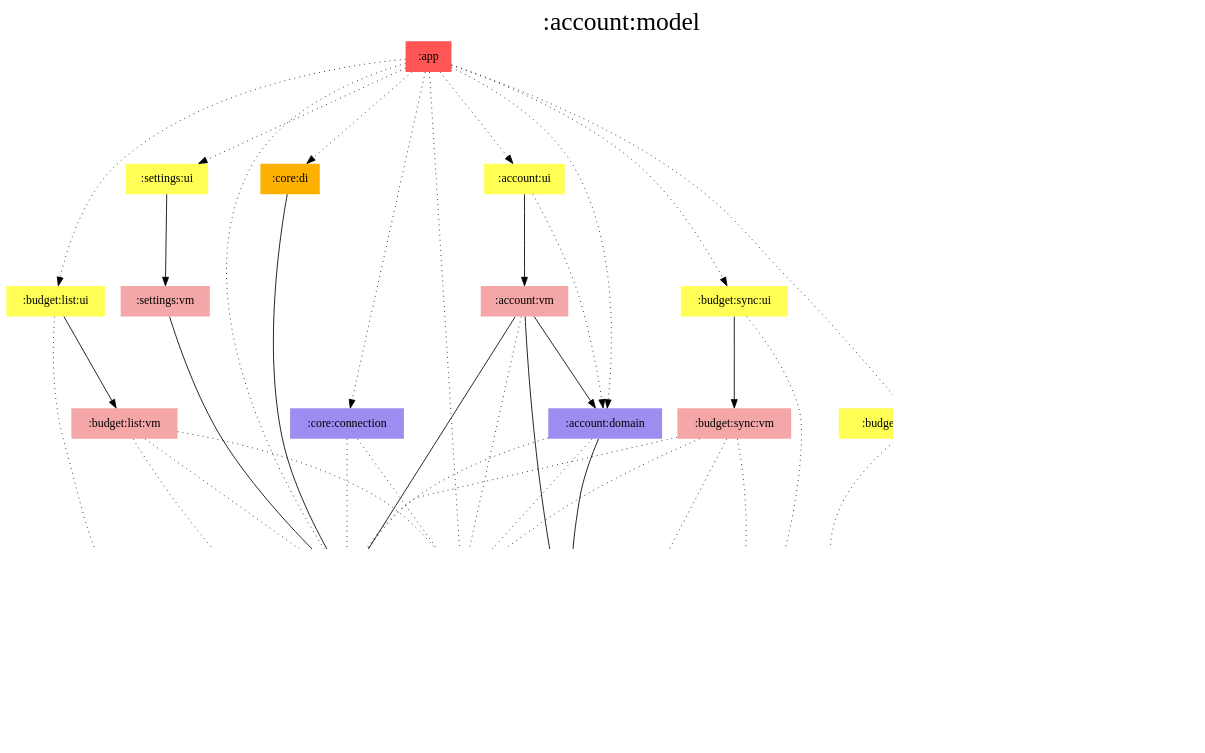
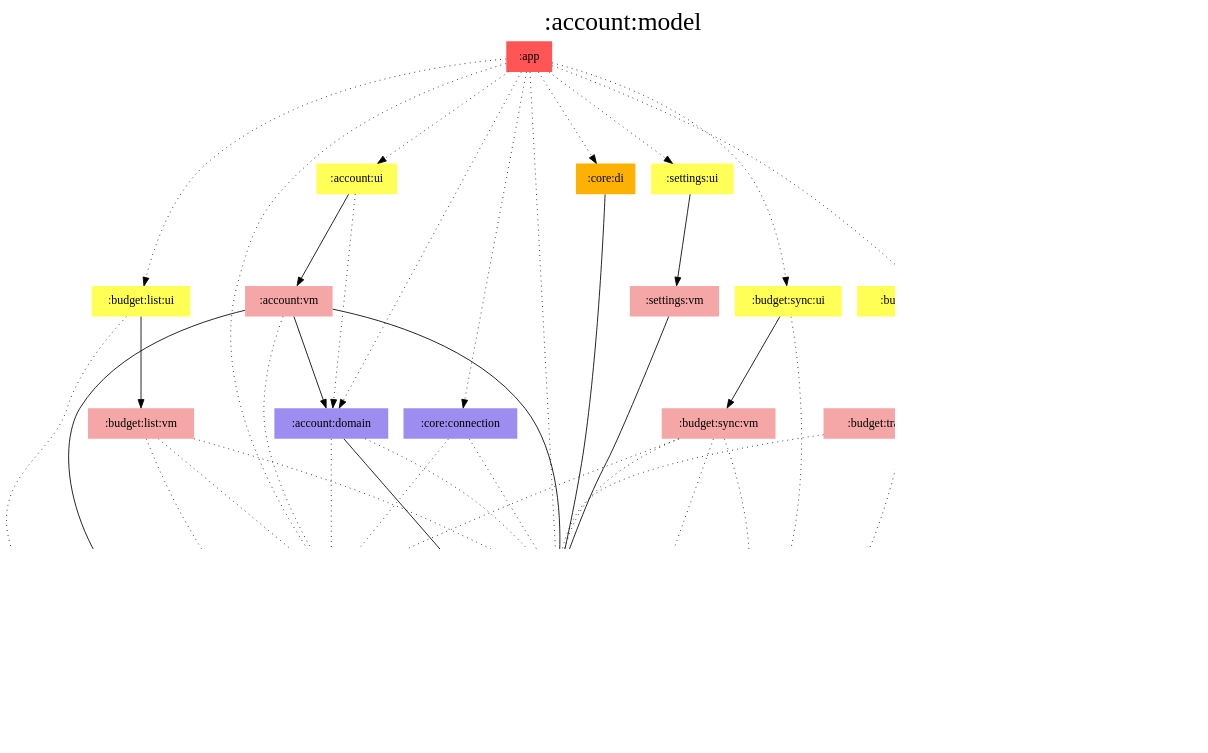
The diagram in modules/account/model/modules.dot (jonapoul/aktual), drawn with Graphviz before and after one commit. The commit also changed 110 other files, not shown here.

```diff
--- a/modules/account/model/modules.dot
+++ b/modules/account/model/modules.dot
@@ -1,82 +1,83 @@
 digraph {
 edge ["dir"="forward"]
 graph ["dpi"="100","label"=":account:model","labelloc"="t","fontsize"="30","ranksep"="1.5","rankdir"="TB"]
 node ["style"="filled"]
 ":account:domain" ["fillcolor"="#9D8DF1","shape"="none"]
 ":account:model" ["fillcolor"="#9D8DF1","color"="black","penwidth"="3","shape"="box"]
 ":account:ui" ["fillcolor"="#FFFF55","shape"="none"]
 ":account:vm" ["fillcolor"="#F5A6A6","shape"="none"]
 ":api:actual" ["fillcolor"="#9D8DF1","shape"="none"]
 ":app" ["fillcolor"="#FF5555","shape"="none"]
 ":budget:encryption" ["fillcolor"="#9D8DF1","shape"="none"]
 ":budget:list:ui" ["fillcolor"="#FFFF55","shape"="none"]
 ":budget:list:vm" ["fillcolor"="#F5A6A6","shape"="none"]
 ":budget:sync:ui" ["fillcolor"="#FFFF55","shape"="none"]
 ":budget:sync:vm" ["fillcolor"="#F5A6A6","shape"="none"]
 ":budget:transactions:ui" ["fillcolor"="#FFFF55","shape"="none"]
 ":budget:transactions:vm" ["fillcolor"="#F5A6A6","shape"="none"]
 ":core:connection" ["fillcolor"="#9D8DF1","shape"="none"]
 ":core:di" ["fillcolor"="#FCB103","shape"="none"]
 ":prefs" ["fillcolor"="#9D8DF1","shape"="none"]
 ":settings:ui" ["fillcolor"="#FFFF55","shape"="none"]
 ":settings:vm" ["fillcolor"="#F5A6A6","shape"="none"]
 {
 edge ["dir"="none"]
 graph ["rank"="same"]
 ":account:model"
 }
 ":account:domain" -> ":account:model"
 ":account:domain" -> ":api:actual" ["style"="dotted"]
 ":account:domain" -> ":prefs" ["style"="dotted"]
 ":account:ui" -> ":account:domain" ["style"="dotted"]
 ":account:ui" -> ":account:vm"
 ":account:vm" -> ":account:domain"
 ":account:vm" -> ":account:model"
 ":account:vm" -> ":api:actual" ["style"="dotted"]
 ":account:vm" -> ":prefs"
 ":api:actual" -> ":account:model"
 ":app" -> ":account:domain" ["style"="dotted"]
 ":app" -> ":account:ui" ["style"="dotted"]
 ":app" -> ":api:actual" ["style"="dotted"]
 ":app" -> ":budget:list:ui" ["style"="dotted"]
 ":app" -> ":budget:sync:ui" ["style"="dotted"]
 ":app" -> ":budget:transactions:ui" ["style"="dotted"]
 ":app" -> ":core:connection" ["style"="dotted"]
 ":app" -> ":core:di" ["style"="dotted"]
 ":app" -> ":prefs" ["style"="dotted"]
 ":app" -> ":settings:ui" ["style"="dotted"]
 ":budget:encryption" -> ":account:model"
 ":budget:list:ui" -> ":account:model" ["style"="dotted"]
 ":budget:list:ui" -> ":budget:list:vm"
 ":budget:list:vm" -> ":account:model" ["style"="dotted"]
 ":budget:list:vm" -> ":api:actual" ["style"="dotted"]
 ":budget:list:vm" -> ":prefs" ["style"="dotted"]
 ":budget:sync:ui" -> ":account:model" ["style"="dotted"]
 ":budget:sync:ui" -> ":budget:sync:vm"
 ":budget:sync:vm" -> ":account:model" ["style"="dotted"]
 ":budget:sync:vm" -> ":api:actual" ["style"="dotted"]
 ":budget:sync:vm" -> ":budget:encryption" ["style"="dotted"]
 ":budget:sync:vm" -> ":prefs" ["style"="dotted"]
 ":budget:transactions:ui" -> ":account:model" ["style"="dotted"]
 ":budget:transactions:ui" -> ":budget:transactions:vm"
 ":budget:transactions:vm" -> ":account:model" ["style"="dotted"]
+":budget:transactions:vm" -> ":prefs" ["style"="dotted"]
 ":core:connection" -> ":api:actual" ["style"="dotted"]
 ":core:connection" -> ":prefs" ["style"="dotted"]
 ":core:di" -> ":prefs"
 ":prefs" -> ":account:model"
 ":settings:ui" -> ":settings:vm"
 ":settings:vm" -> ":prefs"
 subgraph "cluster_legend" {
 edge ["dir"="none"]
 graph ["label"="Legend","fontsize"="20"]
 "Legend" ["style"="filled","fillcolor"="#FFFFFF","shape"="none","margin"="0","fontsize"="15","label"=<
 <TABLE BORDER="0" CELLBORDER="0" CELLSPACING="0" CELLPADDING="4">
 <TR><TD>App</TD><TD BGCOLOR="#FF5555">module-name</TD></TR>
 <TR><TD>ViewModel</TD><TD BGCOLOR="#F5A6A6">module-name</TD></TR>
 <TR><TD>Hilt</TD><TD BGCOLOR="#FCB103">module-name</TD></TR>
 <TR><TD>Compose</TD><TD BGCOLOR="#FFFF55">module-name</TD></TR>
 <TR><TD>Multiplatform</TD><TD BGCOLOR="#9D8DF1">module-name</TD></TR>
 </TABLE>
 >]
 } -> ":account:model" ["style"="invis"]
 }
```
